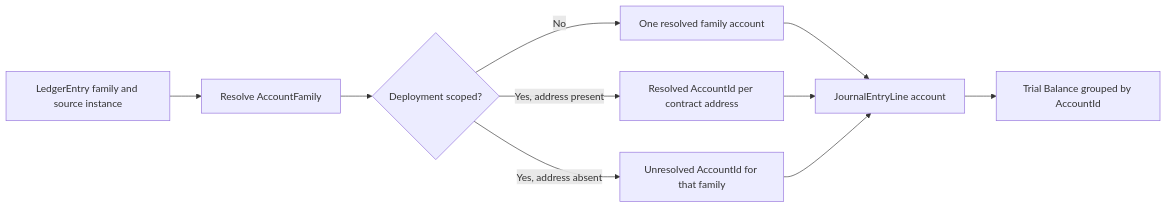
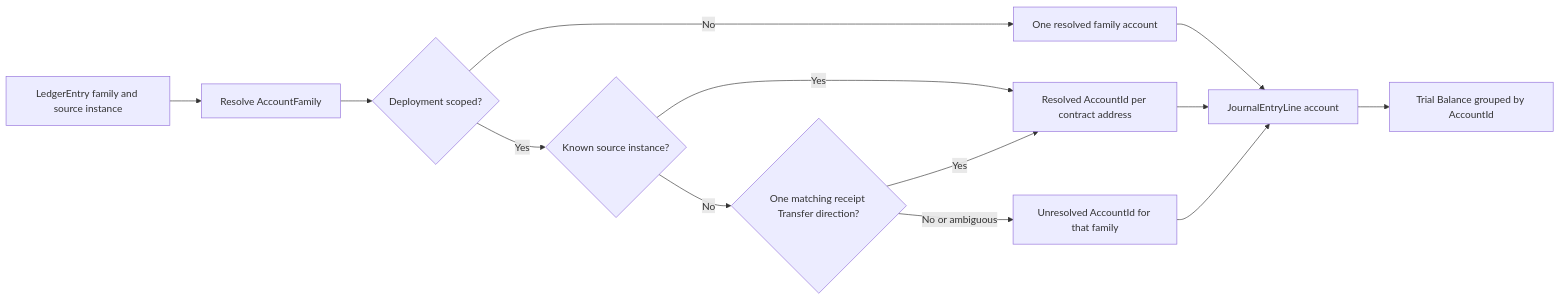
The fourth of 5 diagrams in docs/implementation/accounting-read-model/README.md (globe-and-citizen/cnc-portal), drawn with Mermaid before and after one commit. The commit also changed other lines of this file and 4 other files, not shown here.

````diff
--- a/docs/implementation/accounting-read-model/README.md
+++ b/docs/implementation/accounting-read-model/README.md
@@ -123,12 +125,15 @@
 ```mermaid
 flowchart LR
     raw[LedgerEntry family and source instance] --> family[Resolve AccountFamily]
     family --> scoped{Deployment scoped?}
     scoped -->|No| shared[One resolved family account]
-    scoped -->|Yes, address present| concrete[Resolved AccountId per contract address]
-    scoped -->|Yes, address absent| unresolved[Unresolved AccountId for that family]
+    scoped -->|Yes| proof{Known source instance?}
+    proof -->|Yes| concrete[Resolved AccountId per contract address]
+    proof -->|No| receipt{One matching receipt Transfer direction?}
+    receipt -->|Yes| concrete
+    receipt -->|No or ambiguous| unresolved[Unresolved AccountId for that family]
     shared --> journal[JournalEntryLine account]
     concrete --> journal
     unresolved --> journal
     journal --> trial[Trial Balance grouped by AccountId]
 ```
````
